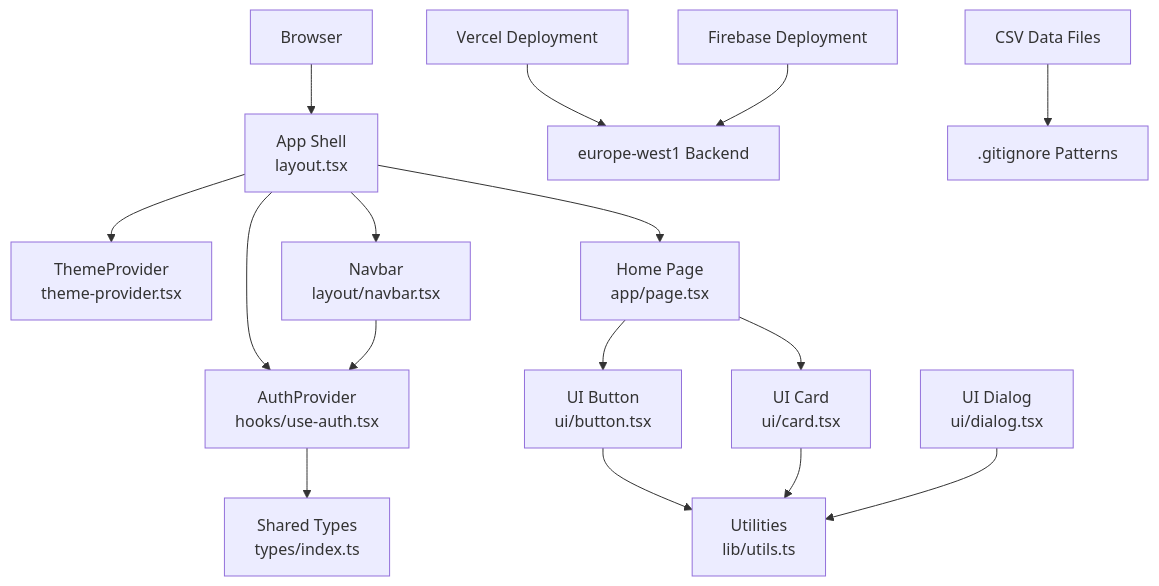
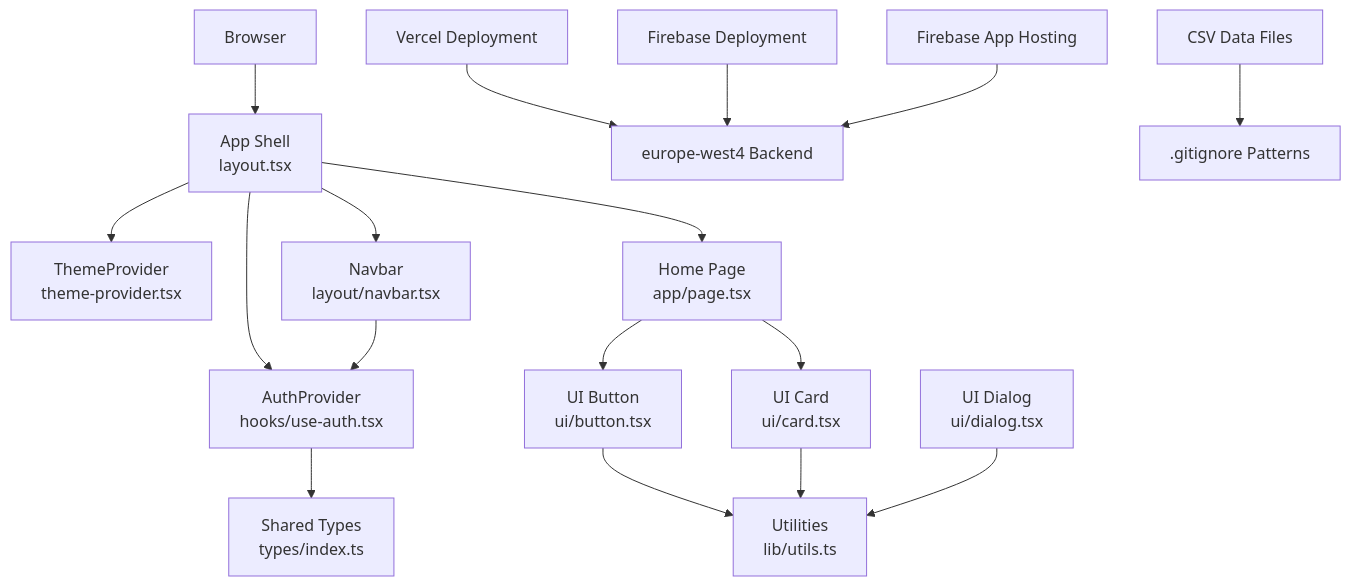
Before and after one commit to alikizang/datafrica: the second of 7 diagrams in .qoder/repowiki/en/content/Development Guidelines/Development Guidelines.md, drawn with Mermaid. The commit also changed other lines of this file and 21 other files, not shown here.

````diff
--- a/.qoder/repowiki/en/content/Development Guidelines/Development Guidelines.md
+++ b/.qoder/repowiki/en/content/Development Guidelines/Development Guidelines.md
@@ -200,34 +221,36 @@
 ```mermaid
 graph TB
 Browser["Browser"]
 App["App Shell<br/>layout.tsx"]
 Theme["ThemeProvider<br/>theme-provider.tsx"]
 Auth["AuthProvider<br/>hooks/use-auth.tsx"]
 Nav["Navbar<br/>layout/navbar.tsx"]
 Home["Home Page<br/>app/page.tsx"]
 Types["Shared Types<br/>types/index.ts"]
 Utils["Utilities<br/>lib/utils.ts"]
 UI_Button["UI Button<br/>ui/button.tsx"]
 UI_Card["UI Card<br/>ui/card.tsx"]
 UI_Dialog["UI Dialog<br/>ui/dialog.tsx"]
 Vercel["Vercel Deployment"]
 Firebase["Firebase Deployment"]
-Region["europe-west1 Backend"]
+AppHosting["Firebase App Hosting"]
+Region["europe-west4 Backend"]
 CSV["CSV Data Files"]
 GitIgnore[".gitignore Patterns"]
 Browser --> App
 App --> Theme
 App --> Auth
 App --> Nav
 App --> Home
 Home --> UI_Button
 Home --> UI_Card
 Nav --> Auth
 UI_Button --> Utils
 UI_Card --> Utils
 UI_Dialog --> Utils
 Auth --> Types
 Vercel --> Region
 Firebase --> Region
+AppHosting --> Region
 CSV --> GitIgnore
 ```
````
